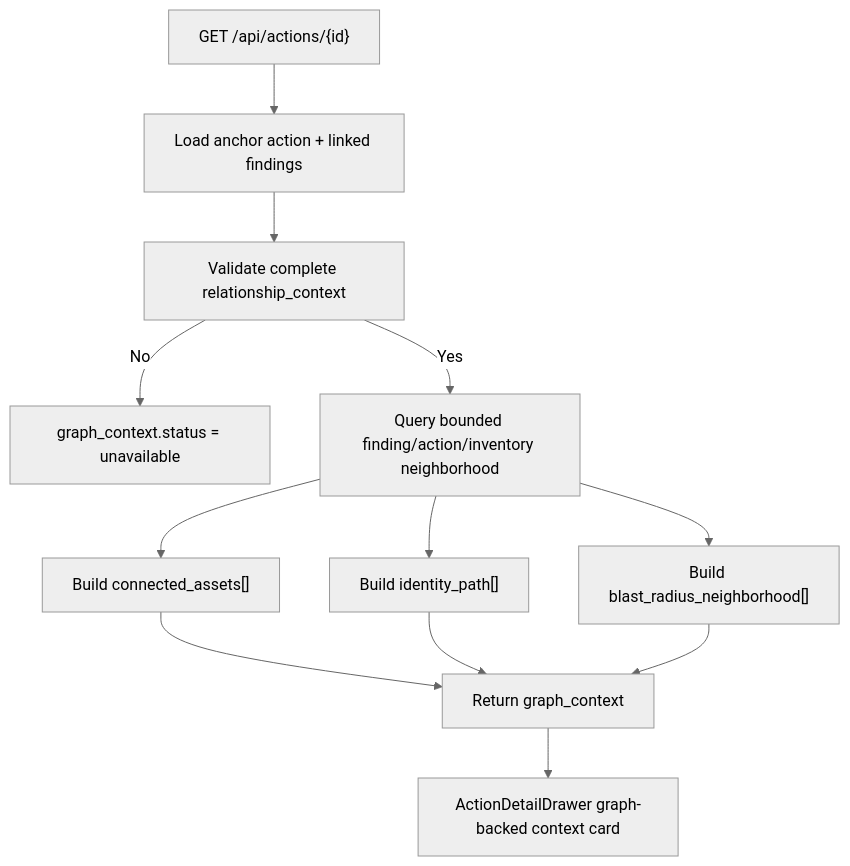
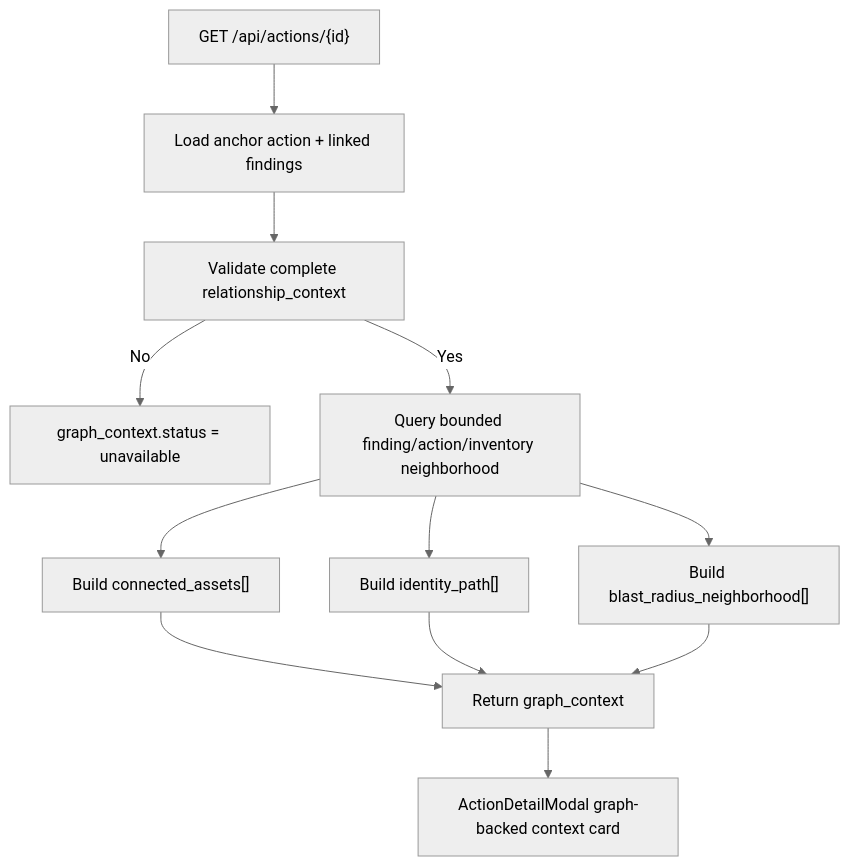
Before and after one commit to marcoIbrahim0/awsautopilot: the diagram in docs/features/graph-backed-action-context.md, drawn with Mermaid (neutral theme). The commit also changed other lines of this file and 11 other files, not shown here.

Commit message:
docs: record action detail modal restoration

````diff
--- a/docs/features/graph-backed-action-context.md
+++ b/docs/features/graph-backed-action-context.md
@@ -96,14 +96,14 @@
 ```mermaid
 flowchart TD
     A["GET /api/actions/{id}"] --> B["Load anchor action + linked findings"]
     B --> C["Validate complete relationship_context"]
     C -->|No| D["graph_context.status = unavailable"]
     C -->|Yes| E["Query bounded finding/action/inventory neighborhood"]
     E --> F["Build connected_assets[]"]
     E --> G["Build identity_path[]"]
     E --> H["Build blast_radius_neighborhood[]"]
     F --> I["Return graph_context"]
     G --> I
     H --> I
-    I --> J["ActionDetailDrawer graph-backed context card"]
+    I --> J["ActionDetailModal graph-backed context card"]
 ```
````
